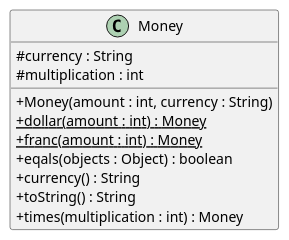
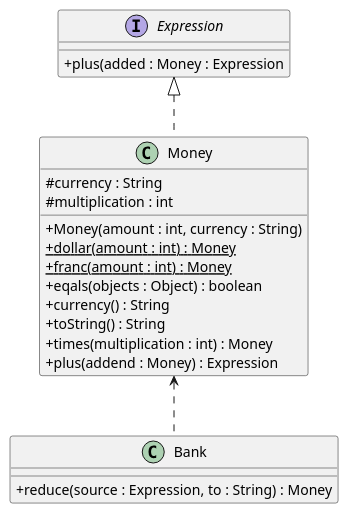
The diagram in ClassDiagram.puml (NOHYC/TDD_project), drawn with PlantUML before and after one commit. The commit also changed 9 other files, not shown here.

Commit message:
chapter 12 : 더하기 기능 추가 1. 더하기 테스트 코드 구현 후 바로 구현(Money.plus) 2. 테스트 성공 3. 연산 결과를 출력하는 객체와 환율 적용하는 객체 방식 채택 4. 연산 후 결과 확인 테스트 코드 작성 5. 인터페이스(Expression) 구현 6. 환율 적용 클래스(Bank) 구현 7. 스텁 구현 완료 후 테스트 성공

```diff
--- a/ClassDiagram.puml
+++ b/ClassDiagram.puml
@@ -1,21 +1,32 @@
 @startuml
 'https://plantuml.com/class-diagram
 skinparam classAttributeIconSize 0
-/' 10장
+/' 12장
 '/
 class Money
+interface Expression
+class Bank
+
+Expression <|.. Money
+Money <.. Bank
 
 class Money{
  #currency : String
  #multiplication : int
  +Money(amount : int, currency : String)
  +dollar(amount : int) : {static} Money
  +franc(amount : int) : {static} Money
  +eqals(objects : Object) : boolean
  +currency() : String
  +toString() : String
  +times(multiplication : int) : Money
+ +plus(addend : Money) : Expression
+}
+interface Expression{
+ +plus(added : Money : Expression
+}
+class Bank{
+ +reduce(source : Expression, to : String) : Money
 }
 
-
 @enduml
```
